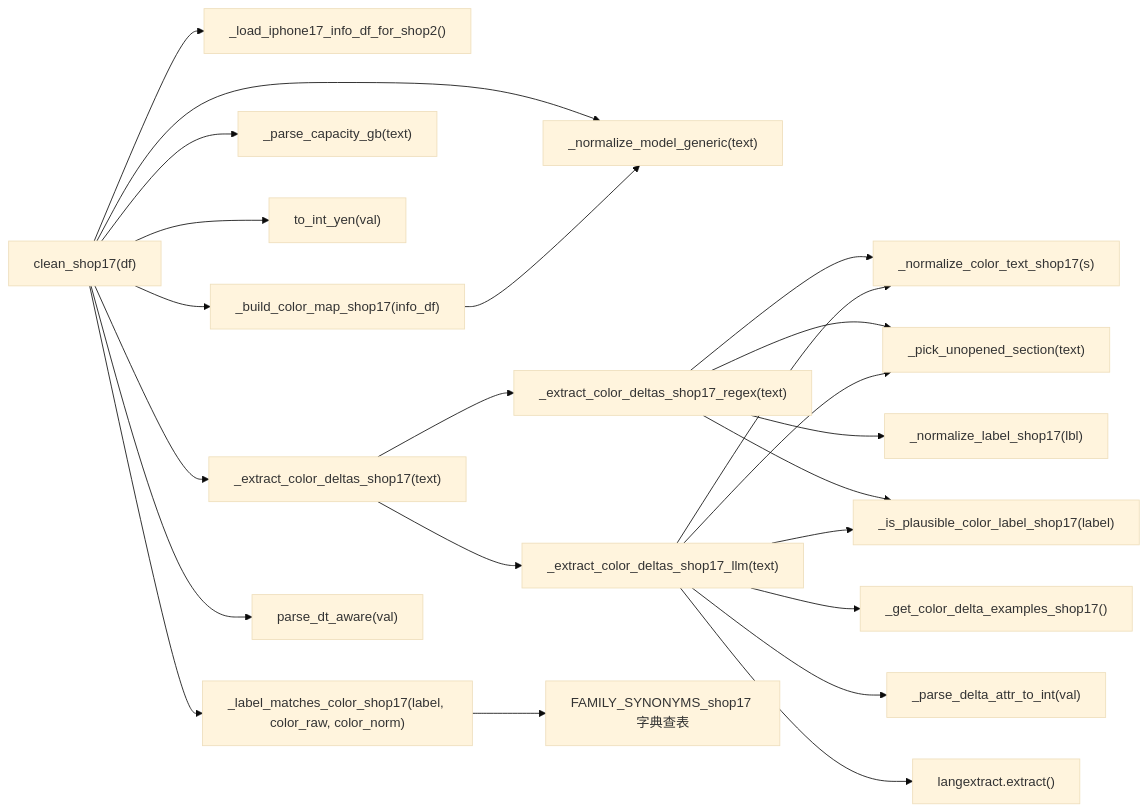
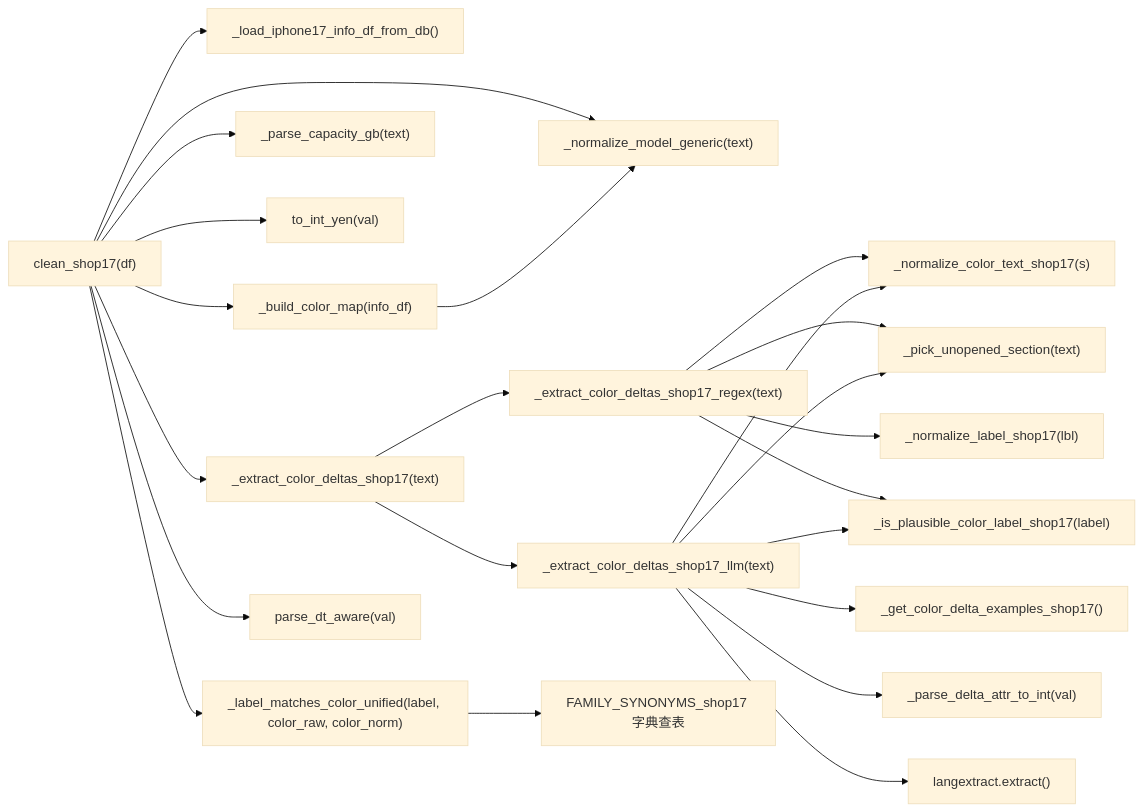
One commit to zhujiansamuel/YamagotiProjects changed the second of 10 diagrams in doc_shop/shop17_cleaner.md. Above: the diagram before and after it, drawn with Mermaid (base theme). The commit also changed other lines of this file and 44 other files, not shown here.

````diff
--- a/doc_shop/shop17_cleaner.md
+++ b/doc_shop/shop17_cleaner.md
@@ -52,31 +52,31 @@
 ```mermaid
 flowchart LR
     clean["clean_shop17(df)"]
 
-    clean --> load["_load_iphone17_info_df_for_shop2()"]
-    clean --> buildcm["_build_color_map_shop17(info_df)"]
+    clean --> load["_load_iphone17_info_df_from_db()"]
+    clean --> buildcm["_build_color_map(info_df)"]
     clean --> normmod["_normalize_model_generic(text)"]
     clean --> parsecap["_parse_capacity_gb(text)"]
     clean --> toint["to_int_yen(val)"]
     clean --> extract["_extract_color_deltas_shop17(text)"]
-    clean --> labelmatch["_label_matches_color_shop17(label, color_raw, color_norm)"]
+    clean --> labelmatch["_label_matches_color_unified(label, color_raw, color_norm)"]
     clean --> parsedt["parse_dt_aware(val)"]
 
     extract --> regex["_extract_color_deltas_shop17_regex(text)"]
     extract --> llm["_extract_color_deltas_shop17_llm(text)"]
 
     regex --> normcolor["_normalize_color_text_shop17(s)"]
     regex --> unopened["_pick_unopened_section(text)"]
     regex --> normlbl["_normalize_label_shop17(lbl)"]
     regex --> plausible["_is_plausible_color_label_shop17(label)"]
 
     llm --> normcolor
     llm --> unopened
     llm --> plausible
     llm --> examples["_get_color_delta_examples_shop17()"]
     llm --> parsedelta["_parse_delta_attr_to_int(val)"]
     llm --> lxextract["langextract.extract()"]
 
     buildcm --> normmod
     labelmatch --> familysyn["FAMILY_SYNONYMS_shop17 字典查表"]
 ```
````
